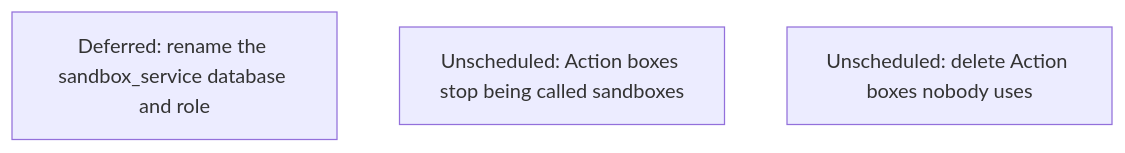
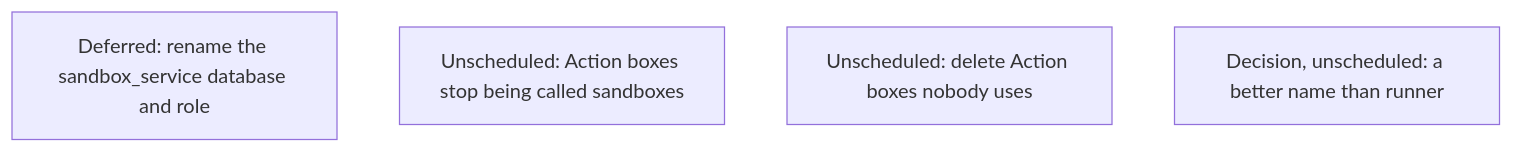
Before and after one commit to agentydragon-agent/ducktape: diagram 12 of 16 in agentplane/plans/task_dag.md, drawn with Mermaid. The commit also changed other lines of this file, not shown here.

First line of the commit message:
DAG: sequence the idle-suspend drive after the harness decision, add RUNNER_RENAME (#10940)

````diff
--- a/agentplane/plans/task_dag.md
+++ b/agentplane/plans/task_dag.md
@@ -1556,6 +1574,7 @@
 ```mermaid
 flowchart TD
     HISTORY_DATABASE_RENAME[Deferred: rename the sandbox_service database and role]
     ACTION_BOX_RENAME[Unscheduled: Action boxes stop being called sandboxes]
     ACTION_BOX_IDLE_REAPER[Unscheduled: delete Action boxes nobody uses]
+    RUNNER_RENAME[Decision, unscheduled: a better name than runner]
 ```
````
